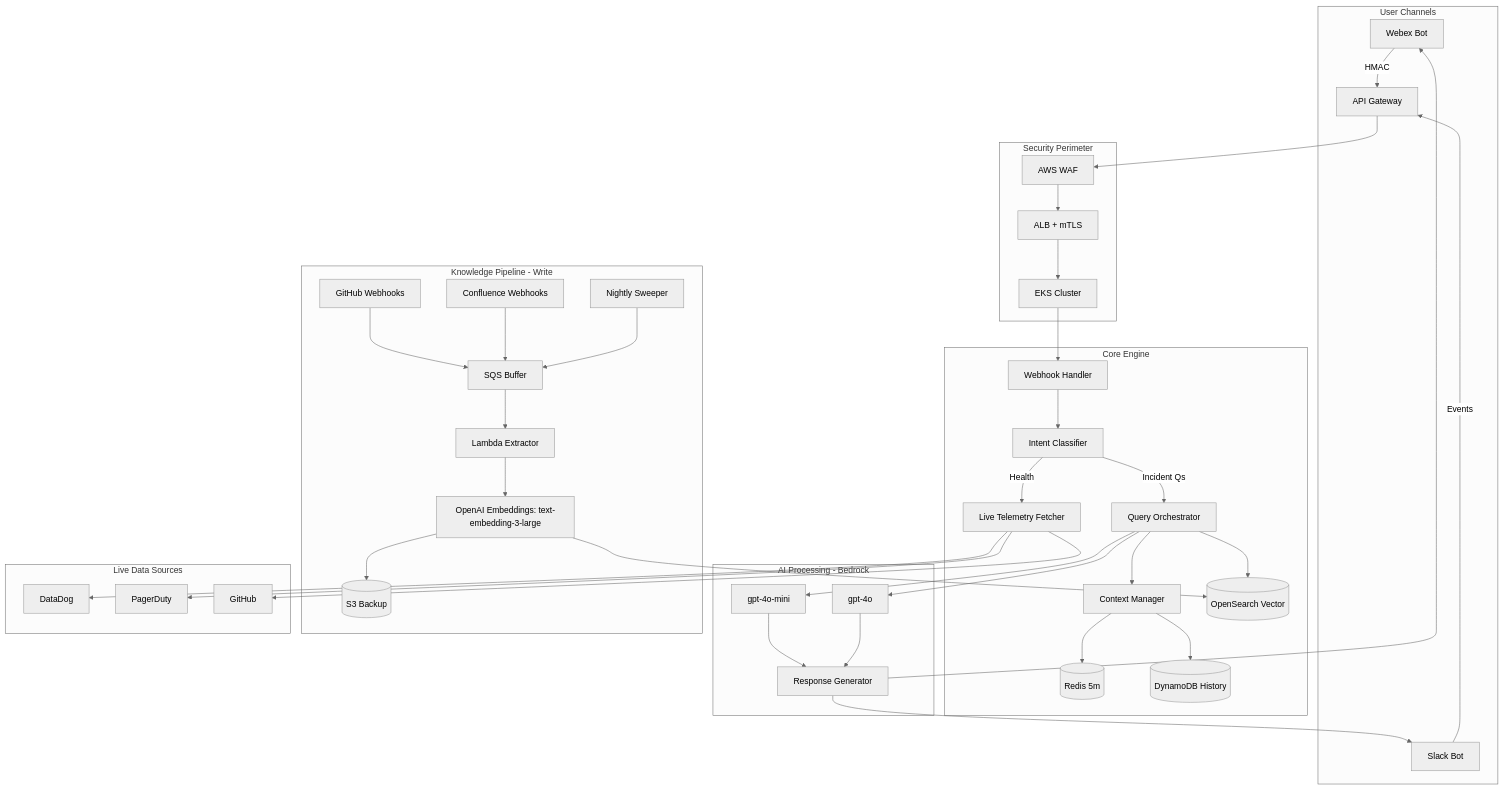
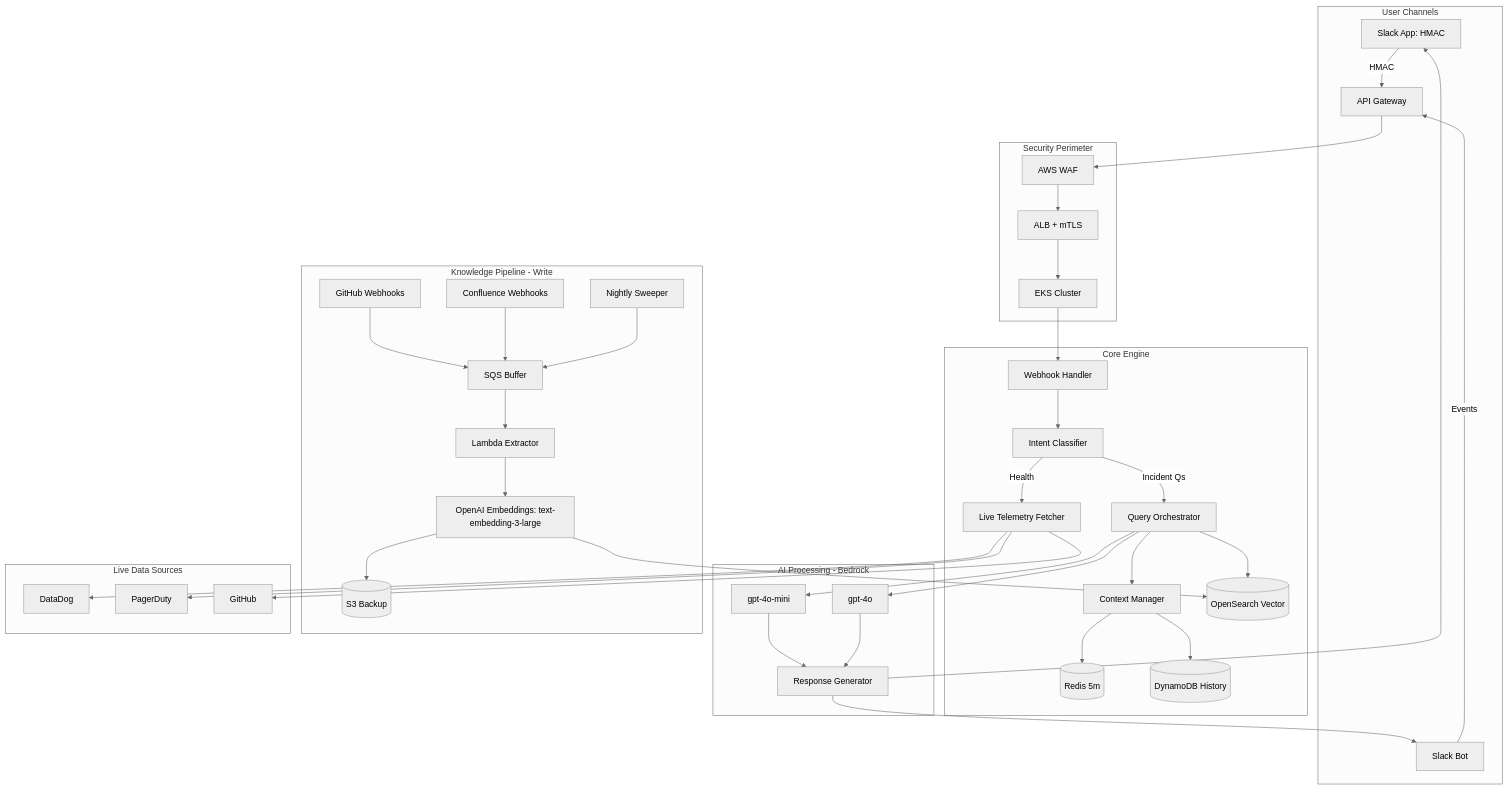
Before and after one commit to rahulkshinde/synapse: the diagram in SYNAPSE_AI_SRE_Ticketing_Triage.md, drawn with Mermaid (neutral theme). The commit also changed other lines of this file, not shown here.

````diff
--- a/SYNAPSE_AI_SRE_Ticketing_Triage.md
+++ b/SYNAPSE_AI_SRE_Ticketing_Triage.md
@@ -36,50 +51,50 @@
 ```mermaid
 graph TB
   subgraph Entry[User Channels]
-    A[Webex Bot] -->|HMAC| GW[API Gateway]
+    A[Slack App: HMAC] -->|HMAC| GW[API Gateway]
     S[Slack Bot] -->|Events| GW
   end
 
   subgraph Edge[Security Perimeter]
     GW --> WAF[AWS WAF]
     WAF --> ALB[ALB + mTLS]
     ALB --> EKS[EKS Cluster]
   end
 
   subgraph Core[Core Engine]
     EKS --> WH[Webhook Handler]
     WH --> INT[Intent Classifier]
     INT -->|Incident Qs| ORCH[Query Orchestrator]
     INT -->|Health| LIVE[Live Telemetry Fetcher]
     ORCH --> CTX[Context Manager]
     CTX --> REDIS[(Redis 5m)]
     CTX --> DDB[(DynamoDB History)]
     ORCH --> VS[(OpenSearch Vector)]
   end
 
   subgraph AI[AI Processing - Bedrock]
     ORCH --> MINI[gpt-4o-mini]
     ORCH --> GPT[gpt-4o]
     MINI --> RESP[Response Generator]
     GPT --> RESP
   end
 
   subgraph Knowledge[Knowledge Pipeline - Write]
     GH[GitHub Webhooks] --> SQS[SQS Buffer]
     CONF[Confluence Webhooks] --> SQS
     SWP[Nightly Sweeper] --> SQS
     SQS --> XTR[Lambda Extractor]
     XTR --> EMB[OpenAI Embeddings: text-embedding-3-large]
     EMB --> VS
     EMB --> S3[(S3 Backup)]
   end
 
   subgraph Live[Live Data Sources]
     LIVE --> DDog[DataDog]
     LIVE --> PD[PagerDuty]
     LIVE --> GHAPI[GitHub]
   end
 
   RESP --> A
   RESP --> S
 ```
````
